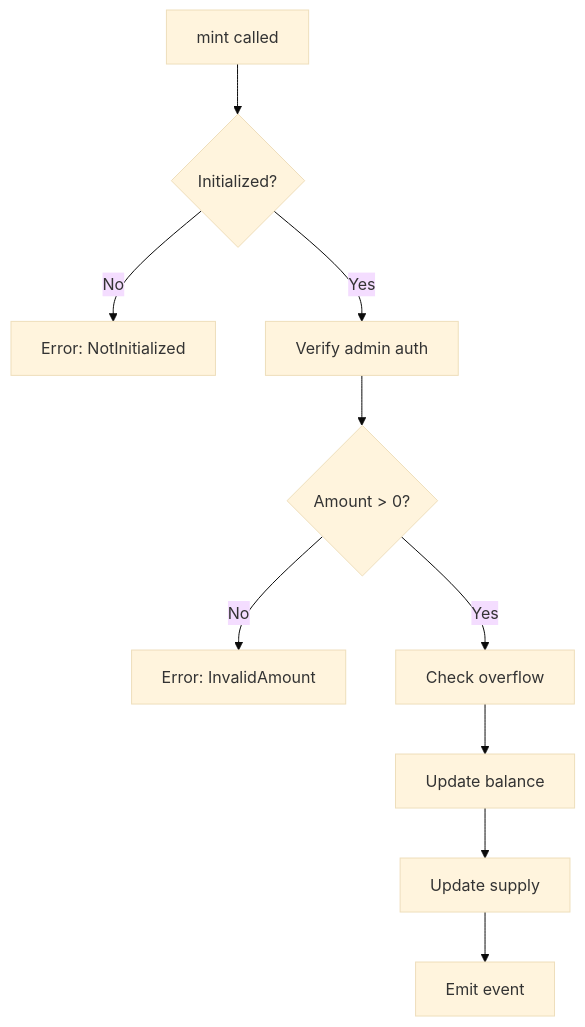
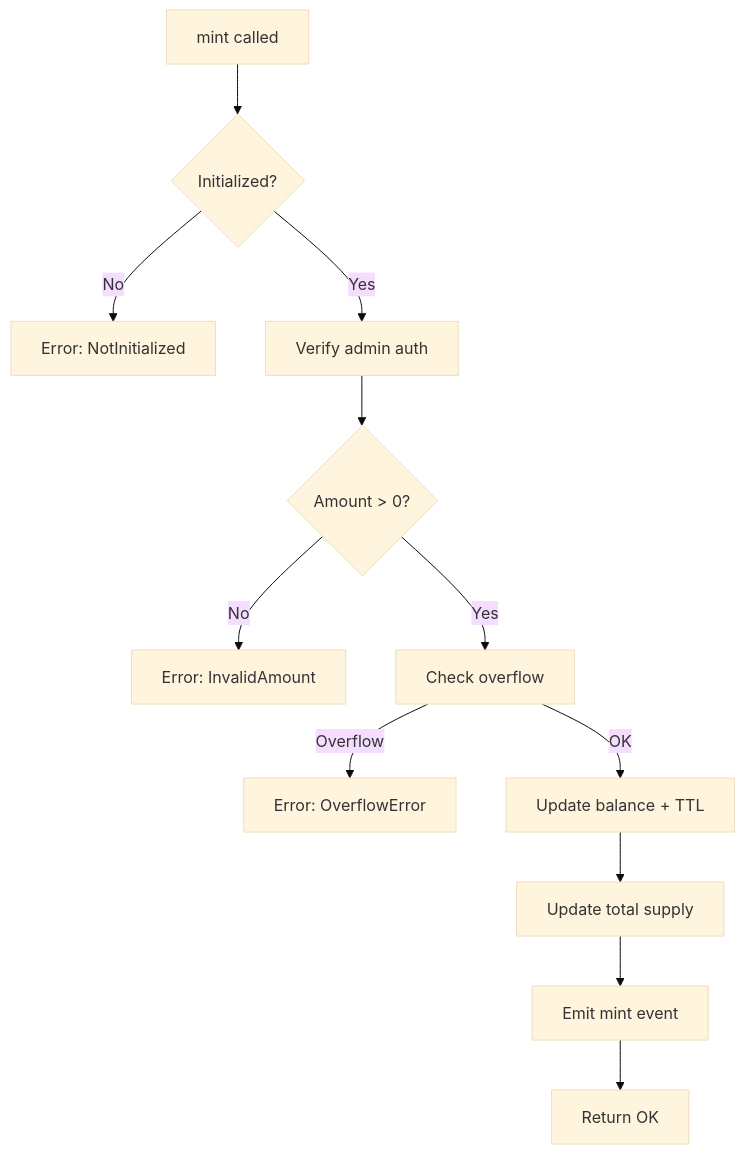
One commit to BuenDia-Builders/codigofutura changed the first of 3 diagrams in 3er-semana-aplicacion/5-Clase/03-codigo-completo.md. Above: the diagram before and after it, drawn with Mermaid (base theme). The commit also changed other lines of this file, not shown here.

````diff
--- a/3er-semana-aplicacion/5-Clase/03-codigo-completo.md
+++ b/3er-semana-aplicacion/5-Clase/03-codigo-completo.md
@@ -598,12 +813,14 @@
 ```mermaid
 graph TD
     A[mint called] --> B{Initialized?}
     B -->|No| C[Error: NotInitialized]
     B -->|Yes| D[Verify admin auth]
     D --> E{Amount > 0?}
     E -->|No| F[Error: InvalidAmount]
     E -->|Yes| G[Check overflow]
-    G --> H[Update balance]
-    H --> I[Update supply]
-    I --> J[Emit event]
+    G -->|Overflow| H[Error: OverflowError]
+    G -->|OK| I[Update balance + TTL]
+    I --> J[Update total supply]
+    J --> K[Emit mint event]
+    K --> L[Return OK]
 ```
````
